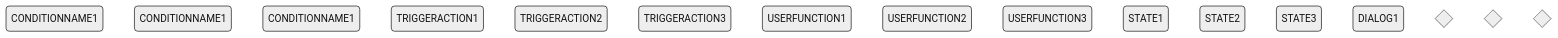
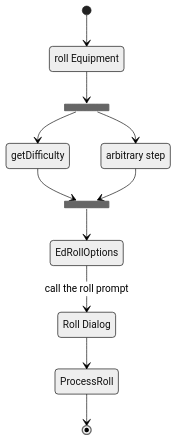
One commit to patrickmohrmann/earthdawn4eV2 changed the diagram in documentation/Use Cases/UC_PhysicalItems-rollableItems.md. Above: the diagram before and after it, drawn with Mermaid (neutral theme). The commit also changed other lines of this file and 6 other files, not shown here.

````diff
--- a/documentation/Use Cases/UC_PhysicalItems-rollableItems.md
+++ b/documentation/Use Cases/UC_PhysicalItems-rollableItems.md
@@ -4,50 +9,51 @@
 ```mermaid
 stateDiagram-v2
     classDef fromOutside font-style:italic,font-weight:bold,fill:lightyellow
     classDef foundryCore font-style:italic,font-weight:bold,fill: lightgreen
+    classDef dataModel font-style:italic,font-weight:bold,fill: green
     classDef userFunction font-style:italic,font-weight:bold,fill:lightblue
     classDef userFunctionReturn font-style:italic,font-weight:bold,fill:aqua
     classDef dialog font-style:italic,font-weight:bold,fill:orange
 
     ###################### status #######################
 
-    condition1: CONDITIONNAME1
-    condition2: CONDITIONNAME1
-    condition3: CONDITIONNAME1
+    triggerAction1: roll Equipment
 
-    triggerAction1: TRIGGERACTION1
-    triggerAction2: TRIGGERACTION2
-    triggerAction3: TRIGGERACTION3
+    userFunction1: getDifficulty
+    userFunction2: ProcessRoll
 
-    userFunction1: USERFUNCTION1
-    userFunction2: USERFUNCTION2
-    userFunction3: USERFUNCTION3
+    state1: arbitrary step
+    state2: EdRollOptions
 
-    state1: STATE1
-    state2: STATE2
-    state3: STATE3
-
-    dialog1: DIALOG1
+    dialog: Roll Dialog
 
     ####################### Decisions #######################
-
-    state DECISION1 <<choice>>
-    state DECISION2 <<choice>>
-    state DECISION3 <<choice>>
 
     ######################## Colorations ######################
 
     triggerAction1:::fromOutside
-    triggerAction2:::fromOutside
-    triggerAction3:::fromOutside
 
     userFunction1:::userFunction
     userFunction2:::userFunction
-    userFunction3:::userFunction
 
-    dialog1:::dialog
+    state2:::dataModel
+
+    dialog:::dialog
 
     ##################### StateDiagram ########################
 
+    state fork_state <<fork>>
+    [*] --> triggerAction1
     
+    triggerAction1 --> fork_state
+    
+    fork_state --> userFunction1
+    fork_state --> state1
+    state join_state <<join>>
+    userFunction1 --> join_state
+    state1 --> join_state
+    join_state --> state2
+    state2 --> dialog: call the roll prompt 
+    dialog --> userFunction2
+    userFunction2 --> [*]
 ```
````
